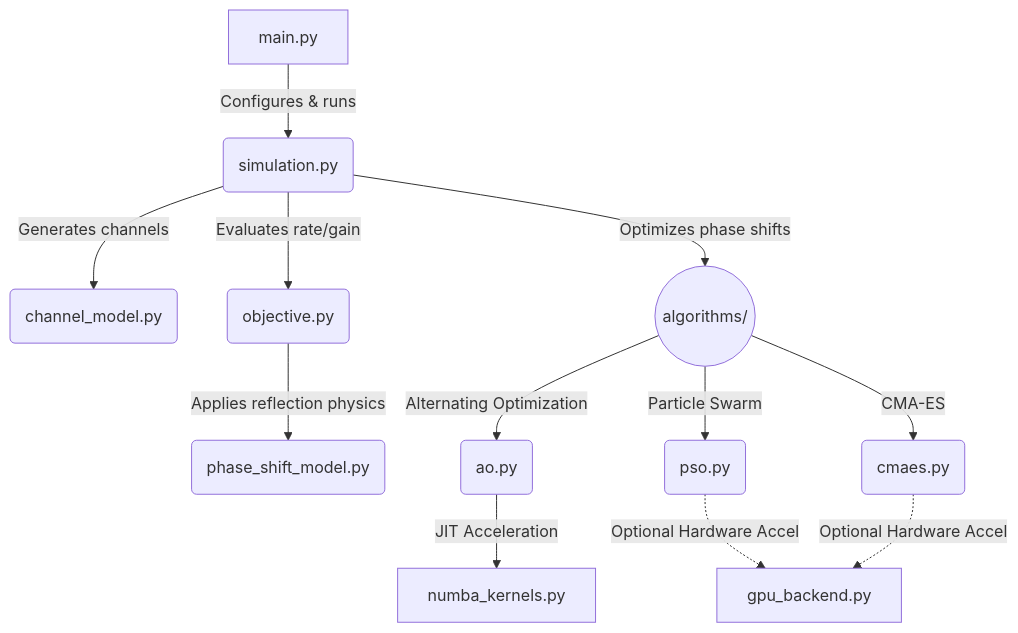
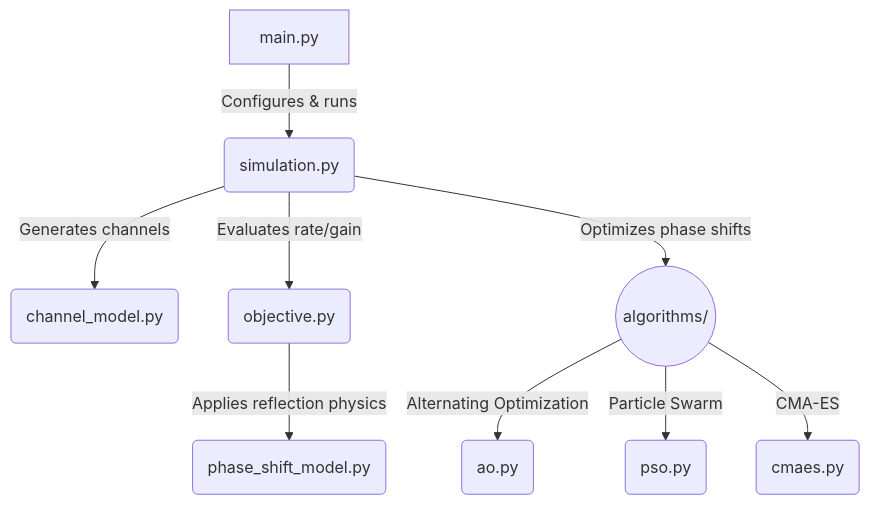
Before and after one commit to tuankhai1/IRS-PHASE-SHIFT-OPTIMIZATION: the diagram in README.md, drawn with Mermaid. The commit also changed other lines of this file and 5 other files, not shown here.

Commit message:
Remove backend acceleration & Clean codes

````diff
--- a/README.md
+++ b/README.md
@@ -61,18 +61,16 @@
 ```mermaid
 graph TD
     A[main.py] -->|Configures & runs| B(simulation.py)
     
     B -->|Generates channels| C(channel_model.py)
     B -->|Evaluates rate/gain| D(objective.py)
     B -->|Optimizes phase shifts| E((algorithms/))
     
     D -->|Applies reflection physics| F(phase_shift_model.py)
     
     E -->|Alternating Optimization| G(ao.py)
     E -->|Particle Swarm| H(pso.py)
     E -->|CMA-ES| I(cmaes.py)
     
-    G -->|JIT Acceleration| J[numba_kernels.py]
-    H -.->|Optional Hardware Accel| K[gpu_backend.py]
-    I -.->|Optional Hardware Accel| K
+
 ```
````
